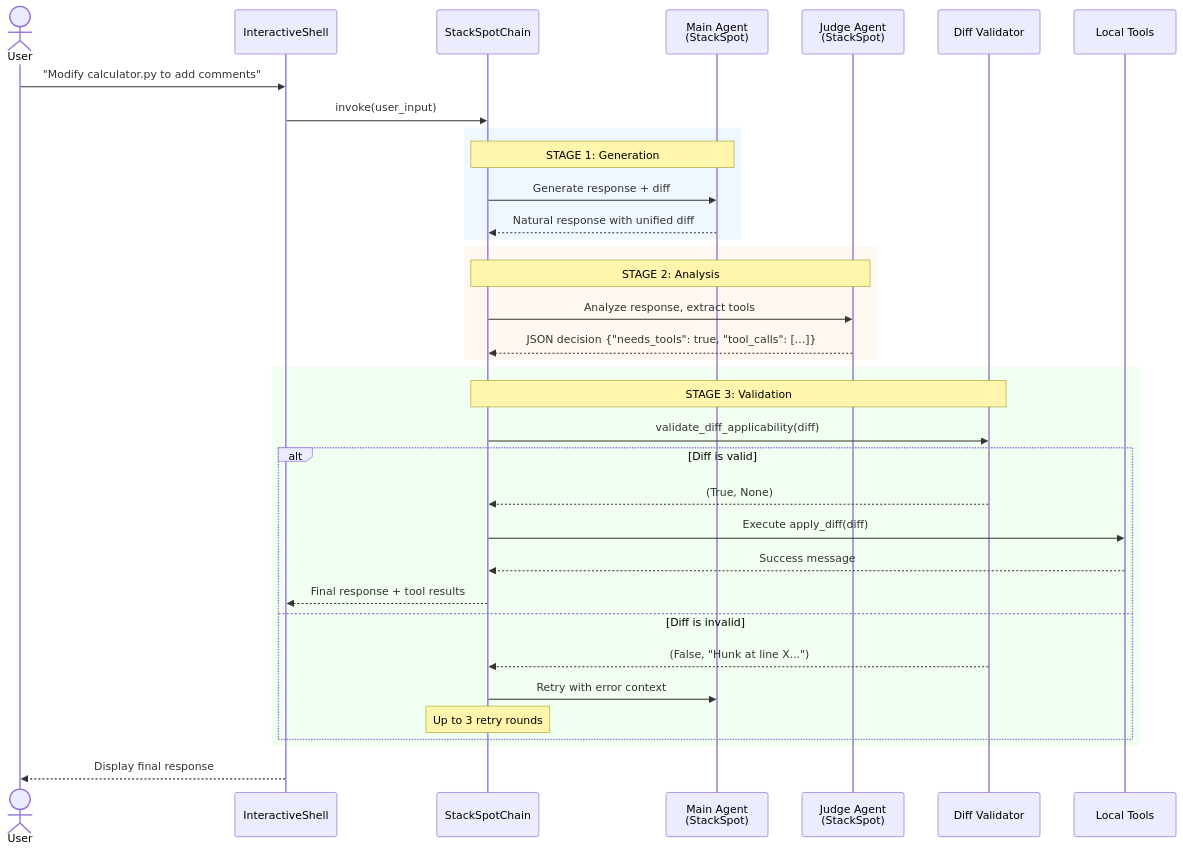
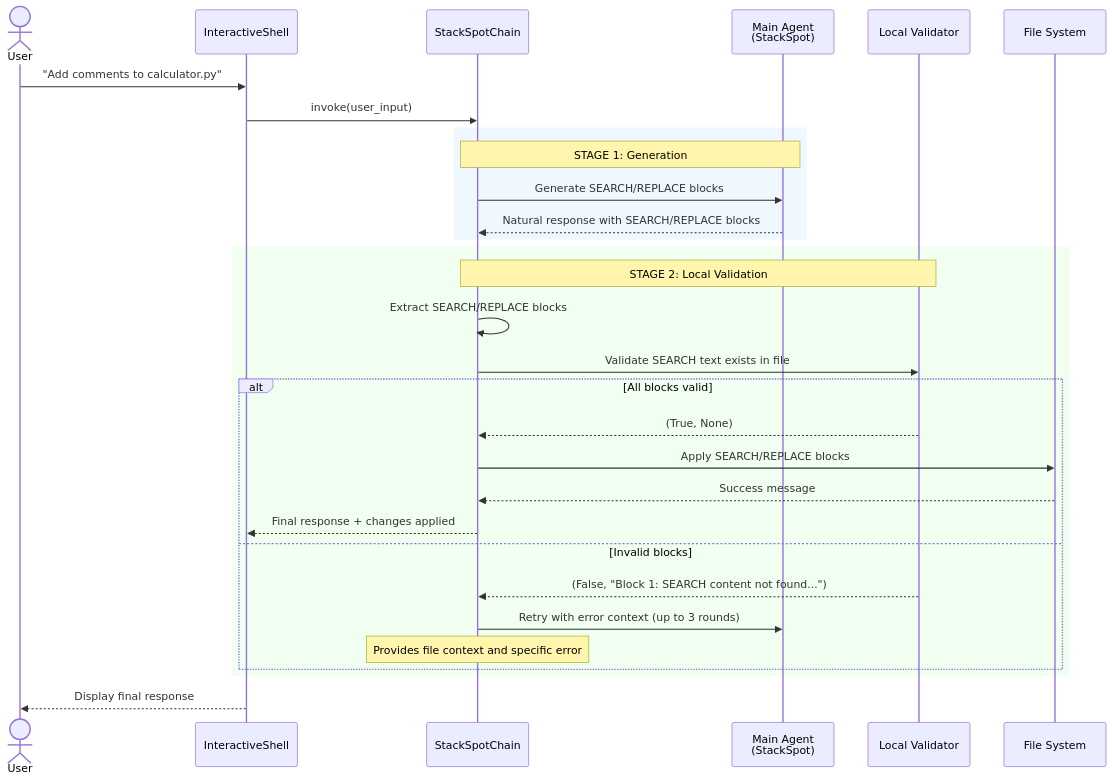
One commit to evellyncosta/buddyctl-cli changed the eighth of 8 diagrams in ARCHITECTURE.md. Above: the diagram before and after it, drawn with Mermaid. The commit also changed other lines of this file and 11 other files, not shown here.

Commit message:
change diff to search and replace pattern

````diff
--- a/ARCHITECTURE.md
+++ b/ARCHITECTURE.md
@@ -613,42 +616,36 @@
 ```mermaid
 sequenceDiagram
     actor User
     participant Shell as InteractiveShell
     participant Chain as StackSpotChain
     participant MainAgent as Main Agent<br/>(StackSpot)
-    participant JudgeAgent as Judge Agent<br/>(StackSpot)
-    participant Validator as Diff Validator
-    participant Tools as Local Tools
+    participant Validator as Local Validator
+    participant File as File System
 
-    User->>Shell: "Modify calculator.py to add comments"
+    User->>Shell: "Add comments to calculator.py"
     Shell->>Chain: invoke(user_input)
 
     rect rgb(240, 248, 255)
         Note over Chain,MainAgent: STAGE 1: Generation
-        Chain->>MainAgent: Generate response + diff
-        MainAgent-->>Chain: Natural response with unified diff
-    end
-
-    rect rgb(255, 248, 240)
-        Note over Chain,JudgeAgent: STAGE 2: Analysis
-        Chain->>JudgeAgent: Analyze response, extract tools
-        JudgeAgent-->>Chain: JSON decision {"needs_tools": true, "tool_calls": [...]}
+        Chain->>MainAgent: Generate SEARCH/REPLACE blocks
+        MainAgent-->>Chain: Natural response with SEARCH/REPLACE blocks
     end
 
     rect rgb(240, 255, 240)
-        Note over Chain,Validator: STAGE 3: Validation
-        Chain->>Validator: validate_diff_applicability(diff)
-        alt Diff is valid
+        Note over Chain,Validator: STAGE 2: Local Validation
+        Chain->>Chain: Extract SEARCH/REPLACE blocks
+        Chain->>Validator: Validate SEARCH text exists in file
+        alt All blocks valid
             Validator-->>Chain: (True, None)
-            Chain->>Tools: Execute apply_diff(diff)
-            Tools-->>Chain: Success message
-            Chain-->>Shell: Final response + tool results
-        else Diff is invalid
-            Validator-->>Chain: (False, "Hunk at line X...")
-            Chain->>MainAgent: Retry with error context
-            Note over Chain: Up to 3 retry rounds
+            Chain->>File: Apply SEARCH/REPLACE blocks
+            File-->>Chain: Success message
+            Chain-->>Shell: Final response + changes applied
+        else Invalid blocks
+            Validator-->>Chain: (False, "Block 1: SEARCH content not found...")
+            Chain->>MainAgent: Retry with error context (up to 3 rounds)
+            Note over Chain: Provides file context and specific error
         end
     end
 
     Shell-->>User: Display final response
 ```
````
